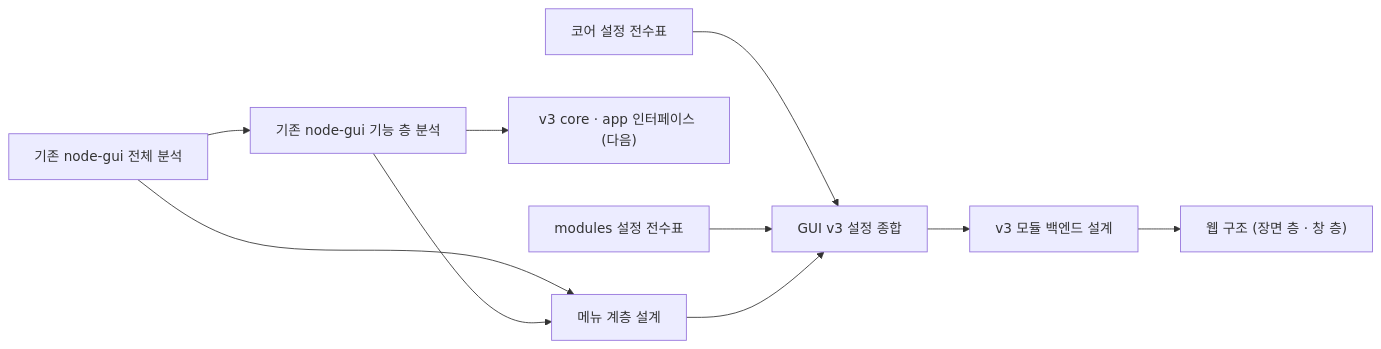
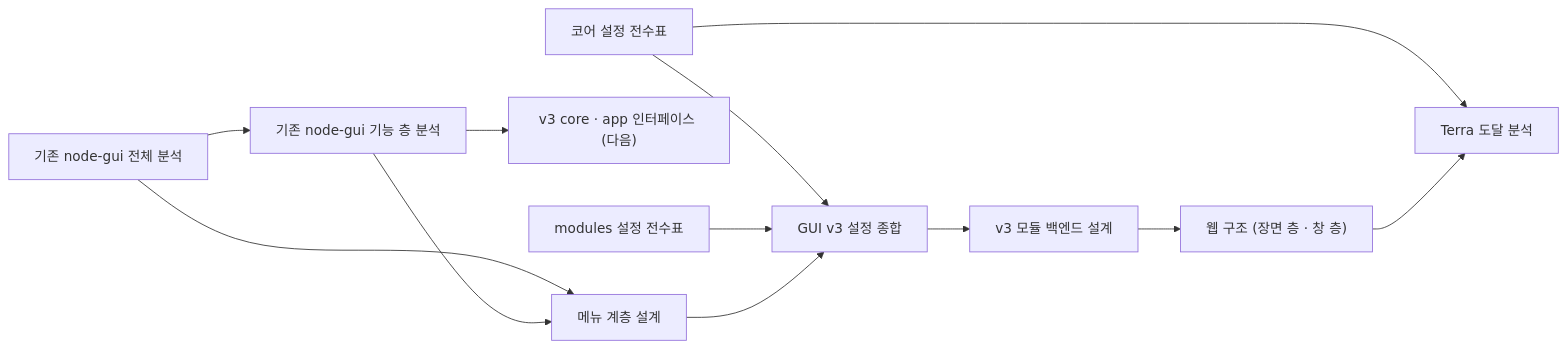
Before and after one commit to StellaxiaLab/modules: the diagram in common/lab.stellaxia.gui-v3/docs/README.md, drawn with Mermaid. The commit also changed other lines of this file and 1 other file, not shown here.

First line of the commit message:
docs(gui-v3): Terra 도달 분석 — 코어 프로세스 · 모듈 기능을 GUI 가 얼마나 끌어낼 수 있나

````diff
--- a/common/lab.stellaxia.gui-v3/docs/README.md
+++ b/common/lab.stellaxia.gui-v3/docs/README.md
@@ -35,12 +36,14 @@
 ```mermaid
 flowchart LR
   A["기존 node-gui 전체 분석"] --> B["기존 node-gui 기능 층 분석"]
   A --> D["메뉴 계층 설계"]
   B --> D
   B --> C["v3 core · app 인터페이스 (다음)"]
   E["코어 설정 전수표"] --> S["GUI v3 설정 종합"]
   F["modules 설정 전수표"] --> S
   D --> S
   S --> BE["v3 모듈 백엔드 설계"]
   BE --> WA["웹 구조 (장면 층 · 창 층)"]
+  E --> R["Terra 도달 분석"]
+  WA --> R
 ```
````
